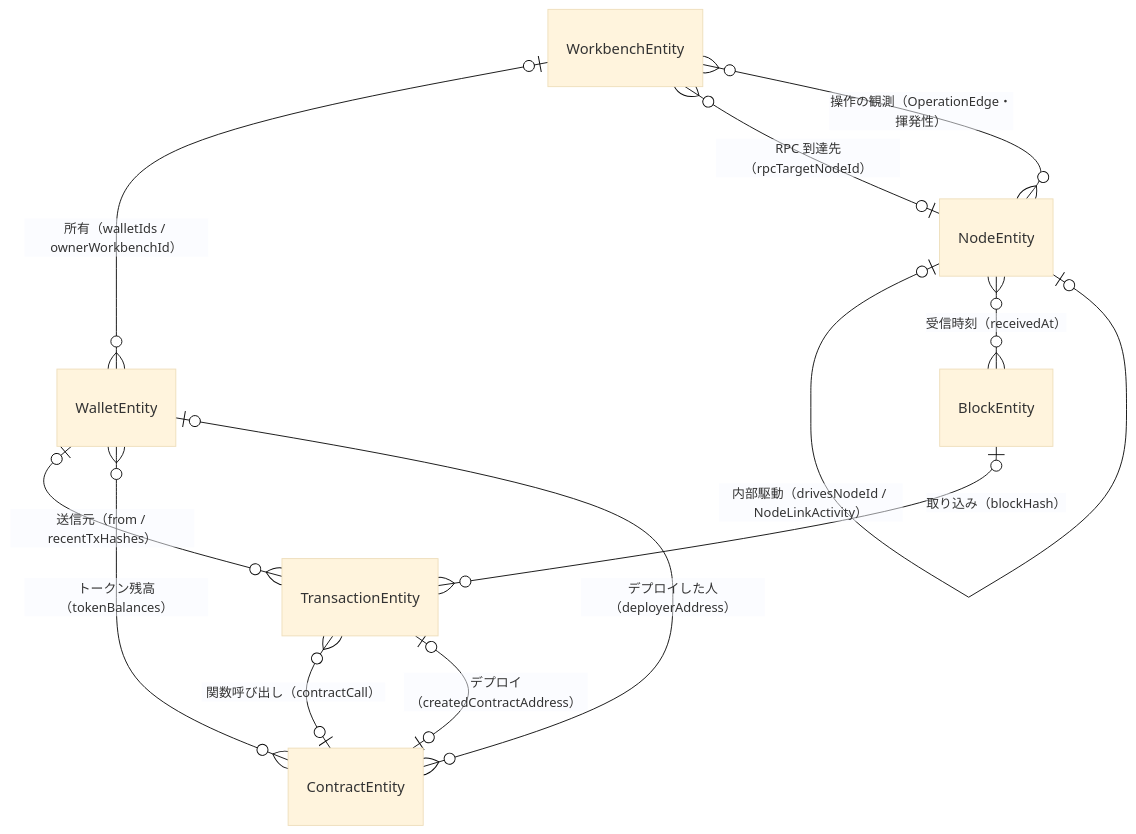
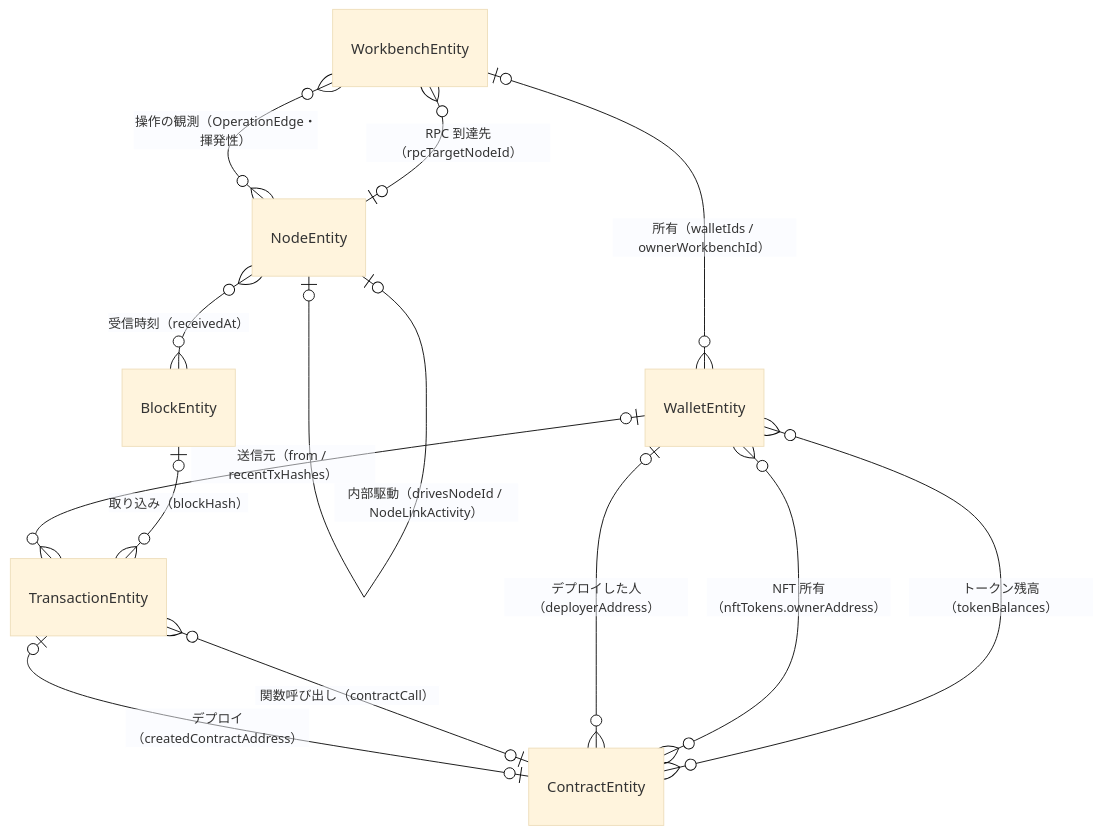
One commit to morichikawa/chainviz changed the first of 5 diagrams in docs/ARCHITECTURE.md. Above: the diagram before and after it, drawn with Mermaid (base theme). The commit also changed other lines of this file and 2 other files, not shown here.

First line of the commit message:
docs: Issue #315 NFT所有関係の可視化の設計をARCHITECTURE.mdへ反映

````diff
--- a/docs/ARCHITECTURE.md
+++ b/docs/ARCHITECTURE.md
@@ -348,15 +369,16 @@
 ```mermaid
 erDiagram
     WorkbenchEntity |o--o{ WalletEntity : "所有（walletIds / ownerWorkbenchId）"
     WorkbenchEntity }o--o| NodeEntity : "RPC 到達先（rpcTargetNodeId）"
     WorkbenchEntity }o--o{ NodeEntity : "操作の観測（OperationEdge・揮発性）"
     NodeEntity }o--o{ NodeEntity : "P2P 接続（PeerEdge）"
     NodeEntity |o--o| NodeEntity : "内部駆動（drivesNodeId / NodeLinkActivity）"
     NodeEntity }o--o{ BlockEntity : "受信時刻（receivedAt）"
     BlockEntity |o--o{ TransactionEntity : "取り込み（blockHash）"
     WalletEntity |o--o{ TransactionEntity : "送信元（from / recentTxHashes）"
     WalletEntity }o--o{ ContractEntity : "トークン残高（tokenBalances）"
+    WalletEntity }o--o{ ContractEntity : "NFT 所有（nftTokens.ownerAddress）"
     WalletEntity |o--o{ ContractEntity : "デプロイした人（deployerAddress）"
     TransactionEntity }o--o| ContractEntity : "関数呼び出し（contractCall）"
     TransactionEntity |o--o| ContractEntity : "デプロイ（createdContractAddress）"
 ```
````
